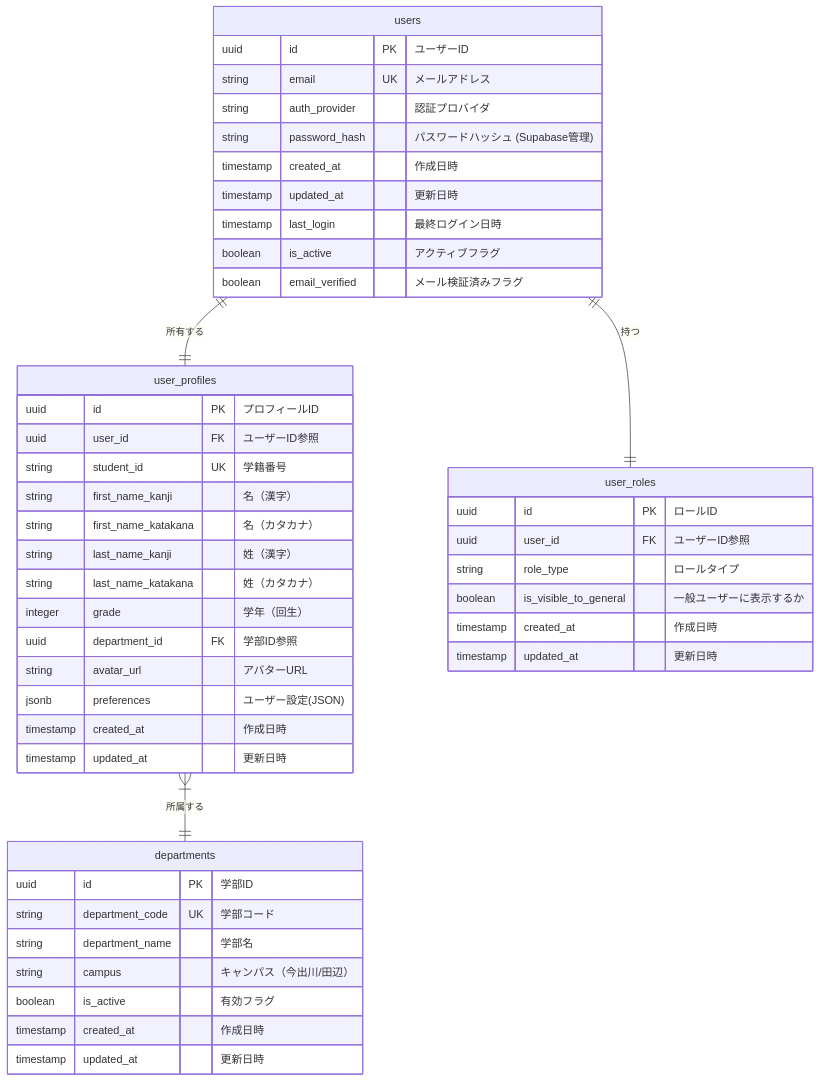
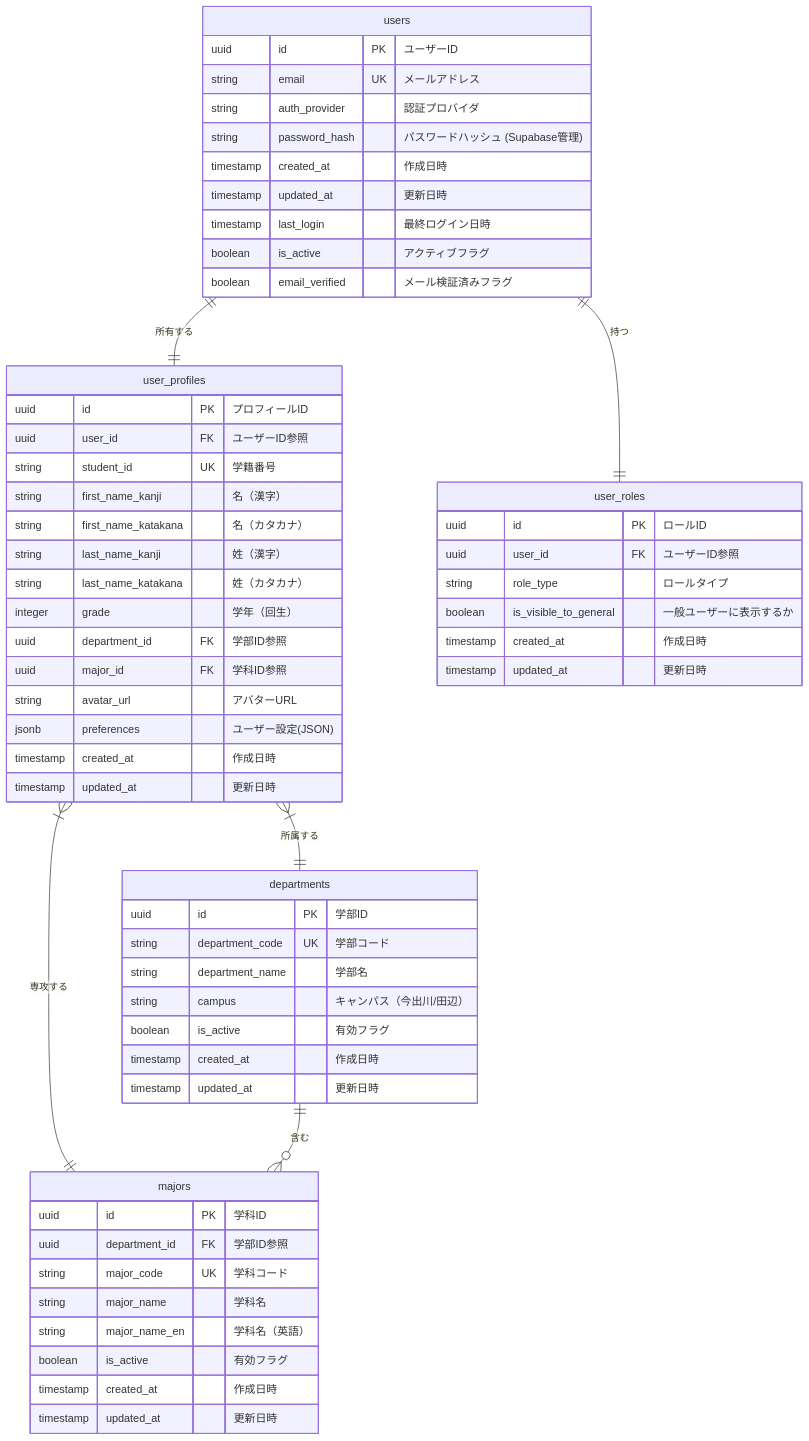
One commit to NowatariSoma/tomosigoto_nou_system changed the first of 2 diagrams in tickets/phase_1/backend/BACK-DB-001/BACK-DB-001.1/README.md. Above: the diagram before and after it, drawn with Mermaid. The commit also changed other lines of this file, not shown here.

Commit message:
feat: 学科（majors）テーブルをユーザープロフィール設計に追加 - 学科マスターテーブル設計を追加 - user_profilesテーブルにmajor_id外部キーを追加 - 学部と学科の階層関係を設計 - Majorドメインモデルとリポジトリクラスを追加 - 学科関連のAPIスキーマとレスポンスを追加 - UserServiceに学科別ユーザー取得機能を追加 - 学科関連のテストクラスとテストメソッドを追加 - ER図を更新して学科テーブルとの関係を明確化

````diff
--- a/tickets/phase_1/backend/BACK-DB-001/BACK-DB-001.1/README.md
+++ b/tickets/phase_1/backend/BACK-DB-001/BACK-DB-001.1/README.md
@@ -82,53 +87,67 @@
 ```mermaid
 erDiagram
     users ||--|| user_profiles : "所有する"
     users ||--|| user_roles : "持つ"
     user_profiles }|--|| departments : "所属する"
+    user_profiles }|--|| majors : "専攻する"
+    departments ||--o{ majors : "含む"
     
     users {
         uuid id PK "ユーザーID"
         string email UK "メールアドレス"
         string auth_provider "認証プロバイダ"
         string password_hash "パスワードハッシュ (Supabase管理)"
         timestamp created_at "作成日時"
         timestamp updated_at "更新日時"
         timestamp last_login "最終ログイン日時"
         boolean is_active "アクティブフラグ"
         boolean email_verified "メール検証済みフラグ"
     }
     
     user_profiles {
         uuid id PK "プロフィールID"
         uuid user_id FK "ユーザーID参照"
         string student_id UK "学籍番号"
         string first_name_kanji "名（漢字）"
         string first_name_katakana "名（カタカナ）"
         string last_name_kanji "姓（漢字）"
         string last_name_katakana "姓（カタカナ）"
         integer grade "学年（回生）"
         uuid department_id FK "学部ID参照"
+        uuid major_id FK "学科ID参照"
         string avatar_url "アバターURL"
         jsonb preferences "ユーザー設定(JSON)"
         timestamp created_at "作成日時"
         timestamp updated_at "更新日時"
     }
     
     departments {
         uuid id PK "学部ID"
         string department_code UK "学部コード"
         string department_name "学部名"
         string campus "キャンパス（今出川/田辺）"
         boolean is_active "有効フラグ"
         timestamp created_at "作成日時"
         timestamp updated_at "更新日時"
     }
     
+    majors {
+        uuid id PK "学科ID"
+        uuid department_id FK "学部ID参照"
+        string major_code UK "学科コード"
+        string major_name "学科名"
+        string major_name_en "学科名（英語）"
+        boolean is_active "有効フラグ"
+        timestamp created_at "作成日時"
+        timestamp updated_at "更新日時"
+    }
+    
     user_roles {
         uuid id PK "ロールID"
         uuid user_id FK "ユーザーID参照"
         string role_type "ロールタイプ"
         boolean is_visible_to_general "一般ユーザーに表示するか"
         timestamp created_at "作成日時"
         timestamp updated_at "更新日時"
     }
 ```
````
